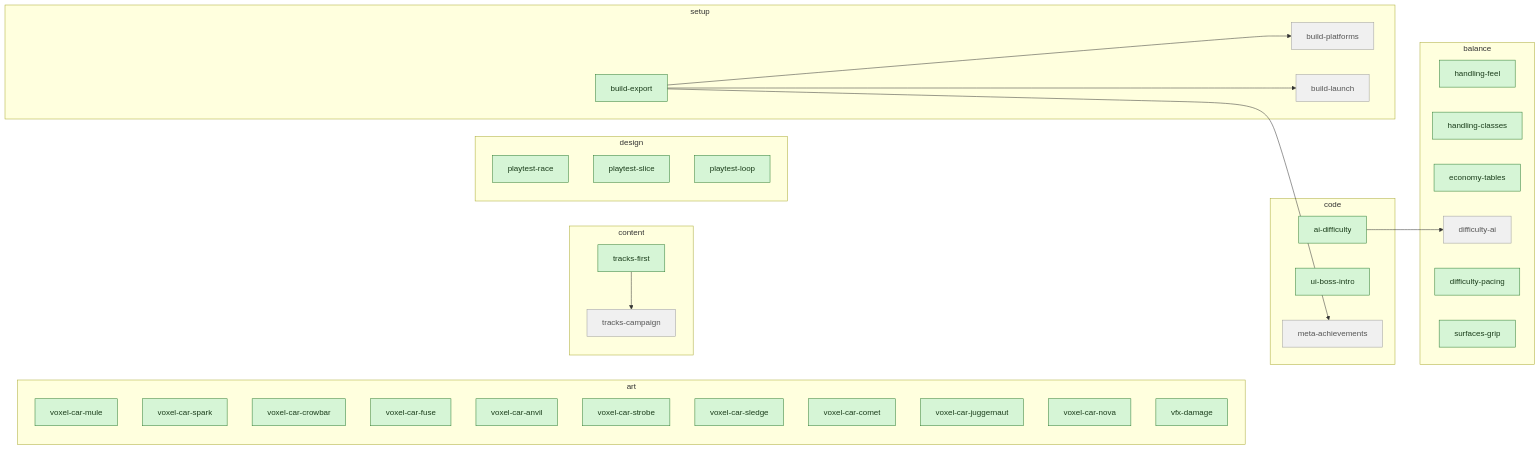
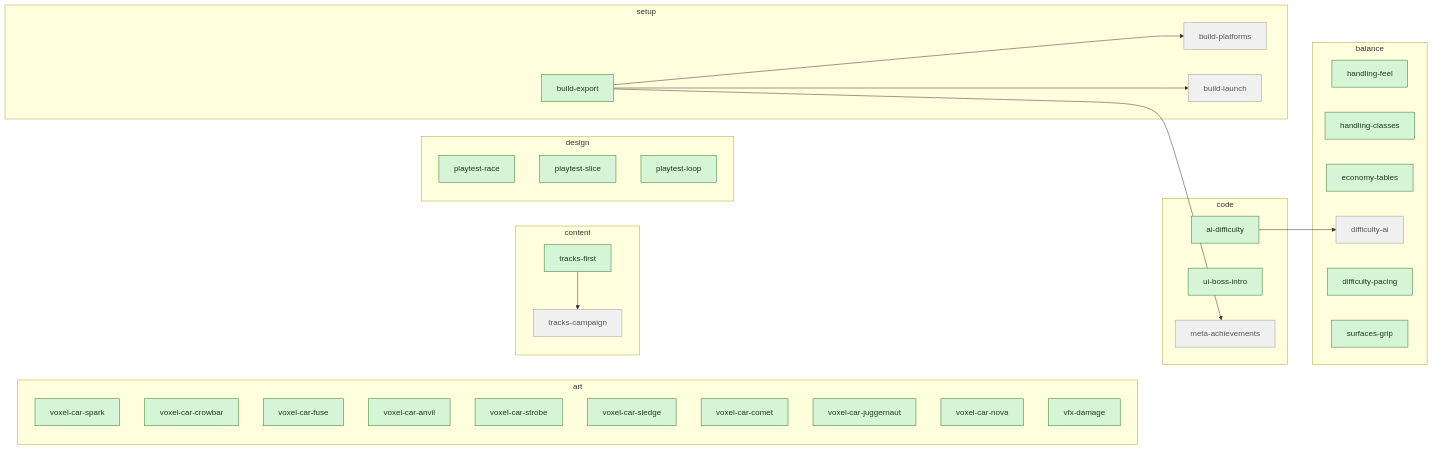
The third of 3 diagrams in STATUS.md (artemiiShabanov/RallyRivals), drawn with Mermaid before and after one commit. The commit also changed other lines of this file and 14 other files, not shown here.

````diff
--- a/STATUS.md
+++ b/STATUS.md
@@ -99,52 +98,51 @@
 ```mermaid
 flowchart LR
   subgraph code
     code_ai_difficulty["ai-difficulty"]
     code_ui_boss_intro["ui-boss-intro"]
     code_meta_achievements["meta-achievements"]
   end
   subgraph art
-    art_voxel_car_mule["voxel-car-mule"]
     art_voxel_car_spark["voxel-car-spark"]
     art_voxel_car_crowbar["voxel-car-crowbar"]
     art_voxel_car_fuse["voxel-car-fuse"]
     art_voxel_car_anvil["voxel-car-anvil"]
     art_voxel_car_strobe["voxel-car-strobe"]
     art_voxel_car_sledge["voxel-car-sledge"]
     art_voxel_car_comet["voxel-car-comet"]
     art_voxel_car_juggernaut["voxel-car-juggernaut"]
     art_voxel_car_nova["voxel-car-nova"]
     art_vfx_damage["vfx-damage"]
   end
   subgraph content
     content_tracks_first["tracks-first"]
     content_tracks_campaign["tracks-campaign"]
   end
   subgraph balance
     balance_handling_feel["handling-feel"]
     balance_handling_classes["handling-classes"]
     balance_economy_tables["economy-tables"]
     balance_difficulty_ai["difficulty-ai"]
     balance_difficulty_pacing["difficulty-pacing"]
     balance_surfaces_grip["surfaces-grip"]
   end
   subgraph design
     design_playtest_race["playtest-race"]
     design_playtest_slice["playtest-slice"]
     design_playtest_loop["playtest-loop"]
   end
   subgraph setup
     setup_build_export["build-export"]
     setup_build_platforms["build-platforms"]
     setup_build_launch["build-launch"]
   end
   setup_build_export --> code_meta_achievements
   content_tracks_first --> content_tracks_campaign
   code_ai_difficulty --> balance_difficulty_ai
   setup_build_export --> setup_build_platforms
   setup_build_export --> setup_build_launch
   classDef avail fill:#d6f5d6,stroke:#2e7d32,color:#1b3d1b;
   classDef blocked fill:#f0f0f0,stroke:#9e9e9e,color:#555;
-  class code_ai_difficulty,code_ui_boss_intro,content_tracks_first,art_voxel_car_mule,art_voxel_car_spark,art_voxel_car_crowbar,art_voxel_car_fuse,art_voxel_car_anvil,art_voxel_car_strobe,art_voxel_car_sledge,art_voxel_car_comet,art_voxel_car_juggernaut,art_voxel_car_nova,art_vfx_damage,balance_handling_feel,balance_handling_classes,balance_economy_tables,balance_difficulty_pacing,balance_surfaces_grip,design_playtest_race,design_playtest_slice,design_playtest_loop,setup_build_export avail;
+  class code_ai_difficulty,code_ui_boss_intro,content_tracks_first,art_voxel_car_spark,art_voxel_car_crowbar,art_voxel_car_fuse,art_voxel_car_anvil,art_voxel_car_strobe,art_voxel_car_sledge,art_voxel_car_comet,art_voxel_car_juggernaut,art_voxel_car_nova,art_vfx_damage,balance_handling_feel,balance_handling_classes,balance_economy_tables,balance_difficulty_pacing,balance_surfaces_grip,design_playtest_race,design_playtest_slice,design_playtest_loop,setup_build_export avail;
   class code_meta_achievements,content_tracks_campaign,balance_difficulty_ai,setup_build_platforms,setup_build_launch blocked;
 ```
````
